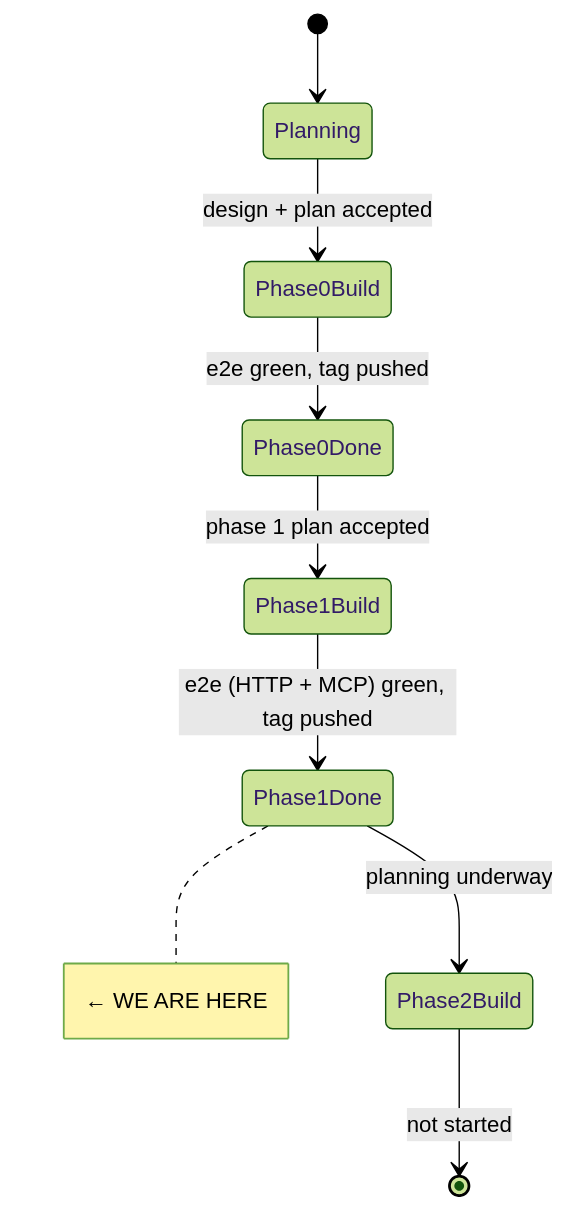
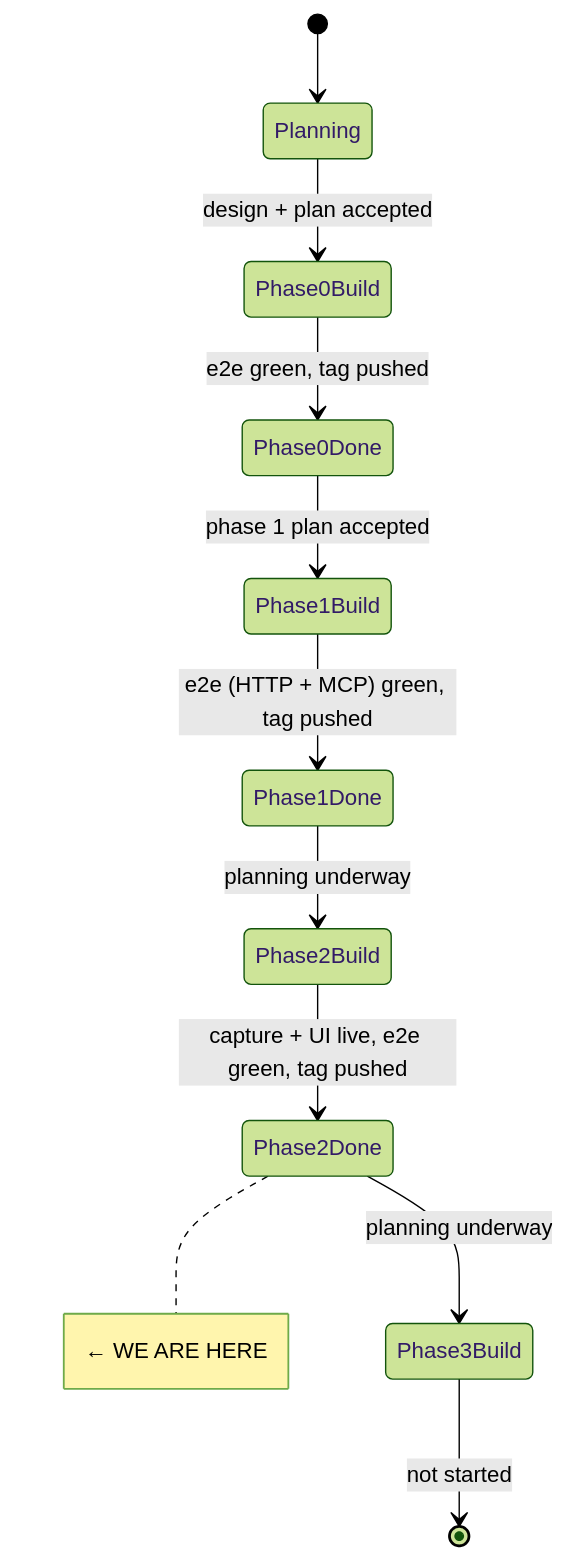
Before and after one commit to dataforaction-tom/soundings: the first of 2 diagrams in STATE.md, drawn with Mermaid (forest theme). The commit also changed other lines of this file and 1 other file, not shown here.

First line of the commit message:
docs: phase 2 complete — capture + UI live

````diff
--- a/STATE.md
+++ b/STATE.md
@@ -9,12 +8,14 @@
 ```mermaid
 stateDiagram-v2
     [*] --> Planning
     Planning --> Phase0Build: design + plan accepted
     Phase0Build --> Phase0Done: e2e green, tag pushed
     Phase0Done --> Phase1Build: phase 1 plan accepted
     Phase1Build --> Phase1Done: e2e (HTTP + MCP) green, tag pushed
     Phase1Done --> Phase2Build: planning underway
-    Phase2Build --> [*]: not started
+    Phase2Build --> Phase2Done: capture + UI live, e2e green, tag pushed
+    Phase2Done --> Phase3Build: planning underway
+    Phase3Build --> [*]: not started
 
-    note right of Phase1Done: ← WE ARE HERE
+    note right of Phase2Done: ← WE ARE HERE
 ```
````
